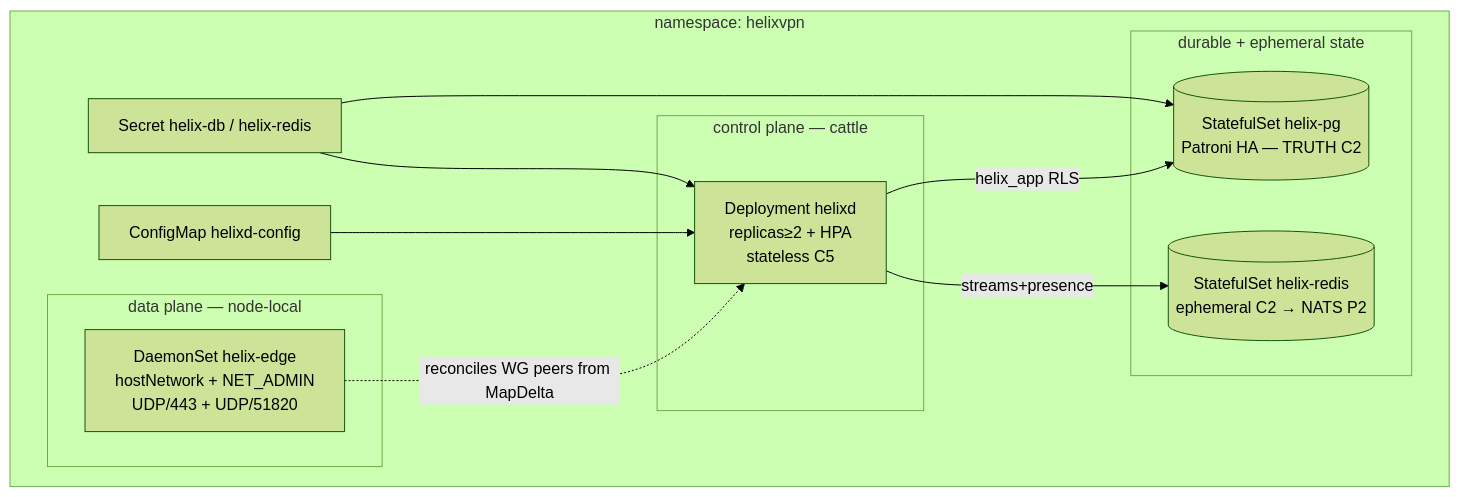
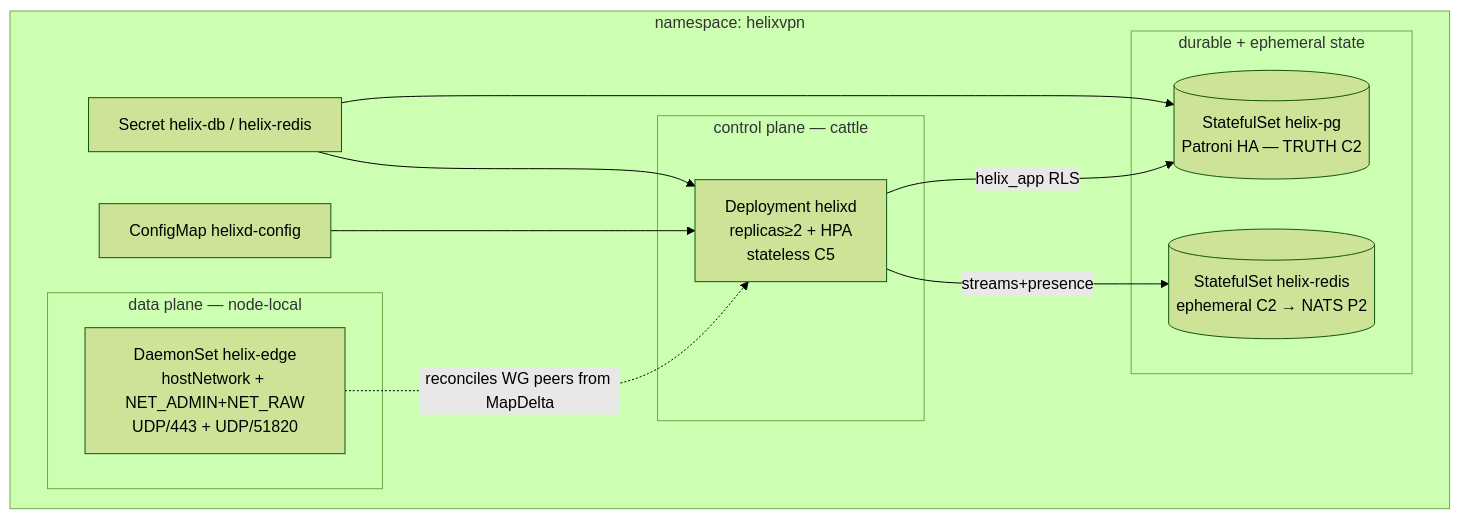
One commit to HelixDevelopment/helix_vpn changed the first of 2 diagrams in docs/research/mvp/final/v06-deploy/kubernetes.md. Above: the diagram before and after it, drawn with Mermaid (forest theme). The commit also changed other lines of this file and 74 other files, not shown here.

````diff
--- a/docs/research/mvp/final/v06-deploy/kubernetes.md
+++ b/docs/research/mvp/final/v06-deploy/kubernetes.md
@@ -71,23 +71,23 @@
 ```mermaid
 flowchart TB
   subgraph ns[namespace: helixvpn]
     subgraph cp[control plane — cattle]
       D[Deployment helixd<br/>replicas≥2 + HPA<br/>stateless C5]
     end
     subgraph dp[data plane — node-local]
-      DS[DaemonSet helix-edge<br/>hostNetwork + NET_ADMIN<br/>UDP/443 + UDP/51820]
+      DS[DaemonSet helix-edge<br/>hostNetwork + NET_ADMIN+NET_RAW<br/>UDP/443 + UDP/51820]
     end
     subgraph state[durable + ephemeral state]
       PG[(StatefulSet helix-pg<br/>Patroni HA — TRUTH C2)]
       RD[(StatefulSet helix-redis<br/>ephemeral C2 → NATS P2)]
     end
     CM[ConfigMap helixd-config]
     SE[Secret helix-db / helix-redis]
   end
   D -- helix_app RLS --> PG
   D -- streams+presence --> RD
   DS -. reconciles WG peers from MapDelta .-> D
   CM --> D
   SE --> D
   SE --> PG
 ```
````
